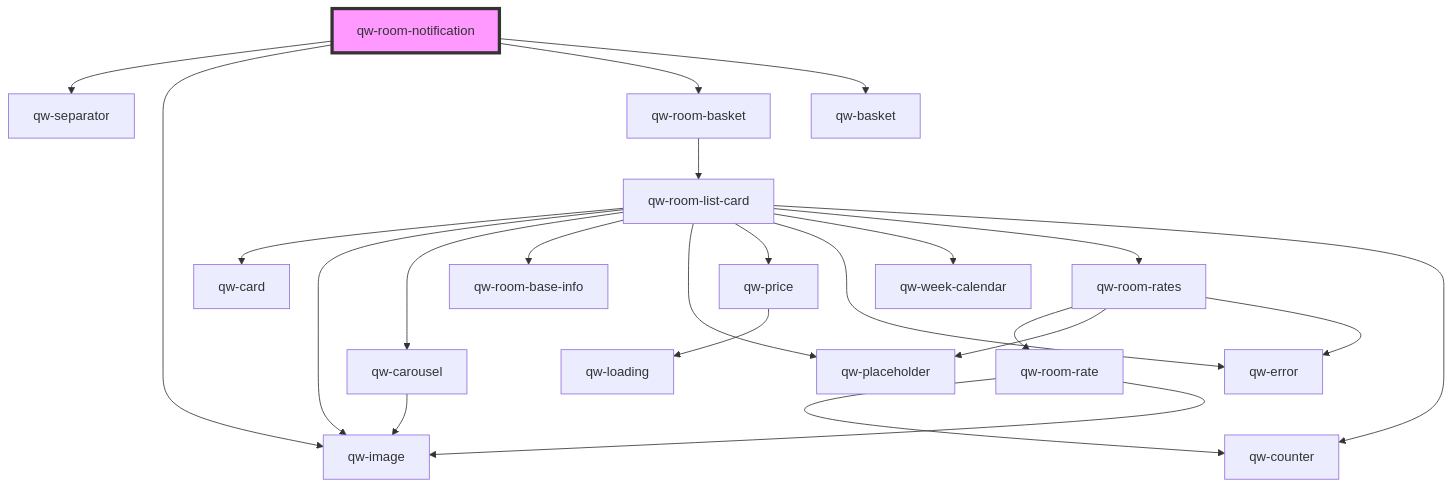
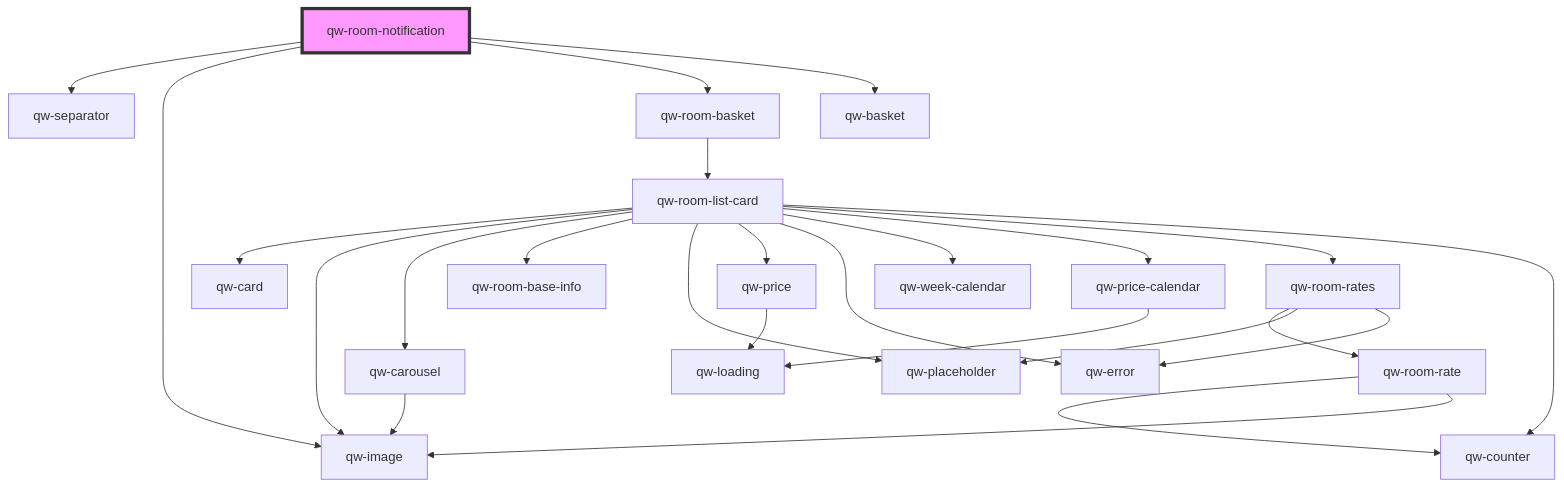
The diagram in src/components/qw-room-notification/readme.md (qwentes-team/qw-hotels), drawn with Mermaid before and after one commit. The commit also changed 9 other files, not shown here.

````diff
--- a/src/components/qw-room-notification/readme.md
+++ b/src/components/qw-room-notification/readme.md
@@ -25,26 +25,28 @@
 ```mermaid
 graph TD;
   qw-room-notification --> qw-separator
   qw-room-notification --> qw-image
   qw-room-notification --> qw-room-basket
   qw-room-notification --> qw-basket
   qw-room-basket --> qw-room-list-card
   qw-room-list-card --> qw-card
   qw-room-list-card --> qw-image
   qw-room-list-card --> qw-carousel
   qw-room-list-card --> qw-room-base-info
   qw-room-list-card --> qw-placeholder
   qw-room-list-card --> qw-price
   qw-room-list-card --> qw-error
   qw-room-list-card --> qw-week-calendar
+  qw-room-list-card --> qw-price-calendar
   qw-room-list-card --> qw-room-rates
   qw-room-list-card --> qw-counter
   qw-carousel --> qw-image
   qw-price --> qw-loading
+  qw-price-calendar --> qw-loading
   qw-room-rates --> qw-room-rate
   qw-room-rates --> qw-placeholder
   qw-room-rates --> qw-error
   qw-room-rate --> qw-counter
   qw-room-rate --> qw-image
   style qw-room-notification fill:#f9f,stroke:#333,stroke-width:4px
 ```
````
